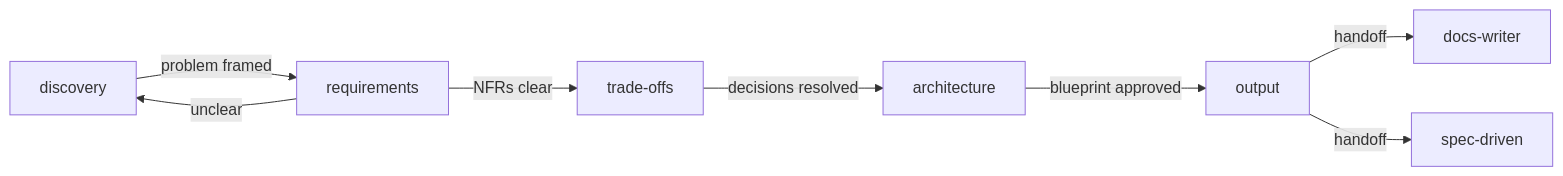
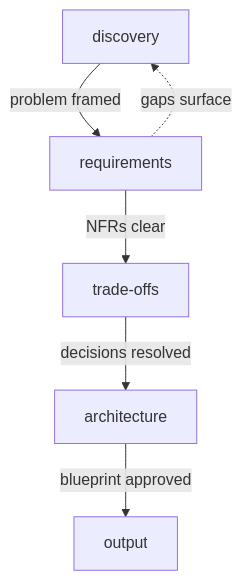
One commit to adeonir/agent-skills changed the diagram in skills/engineering/system-design/README.md. Above: the diagram before and after it, drawn with Mermaid. The commit also changed other lines of this file and 3 other files, not shown here.

````diff
--- a/skills/engineering/system-design/README.md
+++ b/skills/engineering/system-design/README.md
@@ -13,10 +7,8 @@
 ```mermaid
-flowchart LR
+flowchart TD
     D[discovery] -->|problem framed| R[requirements]
     R -->|NFRs clear| T[trade-offs]
+    R -.->|gaps surface| D
     T -->|decisions resolved| A[architecture]
     A -->|blueprint approved| O[output]
-    O -->|handoff| DW[docs-writer]
-    O -->|handoff| SD[spec-driven]
-    R -->|unclear| D
 ```
````
